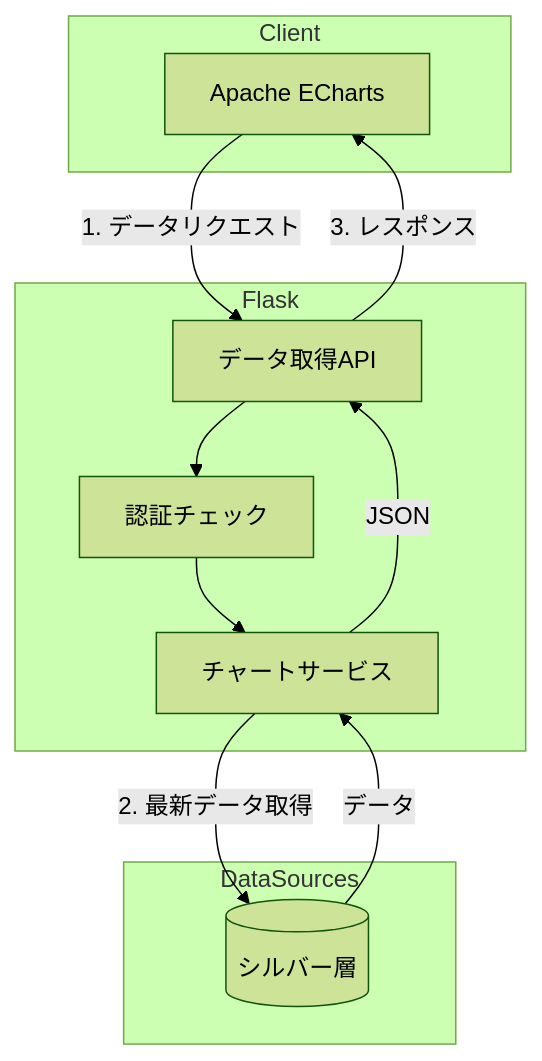
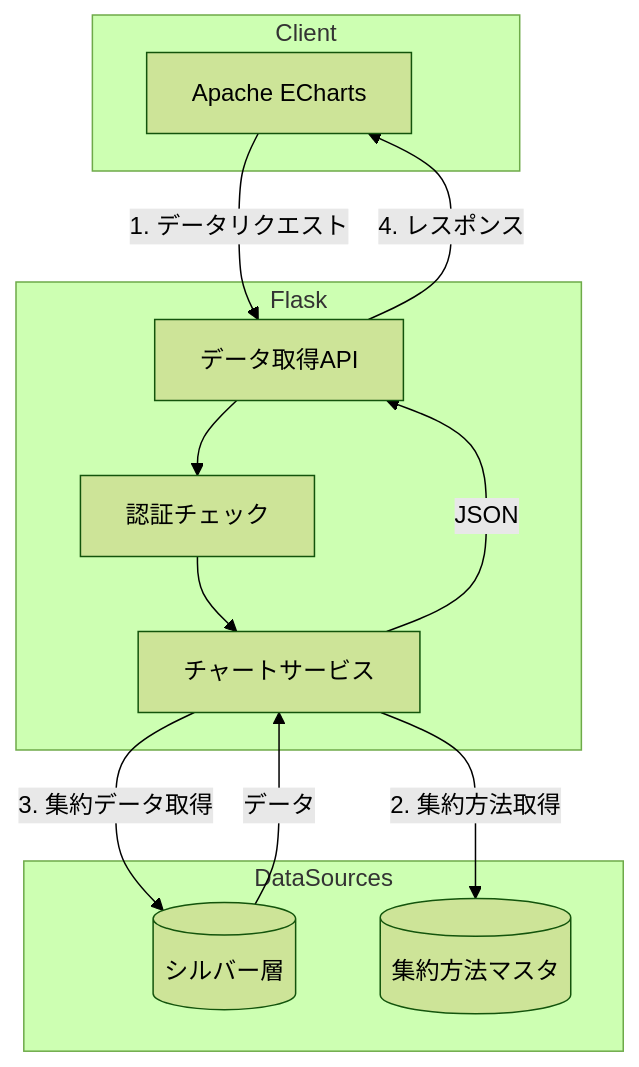
The first of 5 diagrams in docs/03-features/flask-app/dashboard-circle/workflow-specification.md (NSW-SVCP-AIWG002/Databricks-IoT), drawn with Mermaid (forest theme) before and after one commit. The commit also changed other lines of this file and 2 other files, not shown here.

````diff
--- a/docs/03-features/flask-app/dashboard-circle/workflow-specification.md
+++ b/docs/03-features/flask-app/dashboard-circle/workflow-specification.md
@@ -51,24 +63,26 @@
 ```mermaid
 flowchart TB
     subgraph Client
         JSChart[Apache ECharts]
     end
 
     subgraph Flask
         RouteAPI[データ取得API]
         Auth[認証チェック]
         ChartService[チャートサービス]
     end
 
     subgraph DataSources
         Silver[(シルバー層)]
+        Master[(集約方法マスタ)]
     end
 
     JSChart -->|1. データリクエスト| RouteAPI
     RouteAPI --> Auth
     Auth --> ChartService
-    ChartService -->|2. 最新データ取得| Silver
+    ChartService -->|2. 集約方法取得| Master
+    ChartService -->|3. 集約データ取得| Silver
     Silver -->|データ| ChartService
     ChartService -->|JSON| RouteAPI
-    RouteAPI -->|3. レスポンス| JSChart
+    RouteAPI -->|4. レスポンス| JSChart
 ```
````
